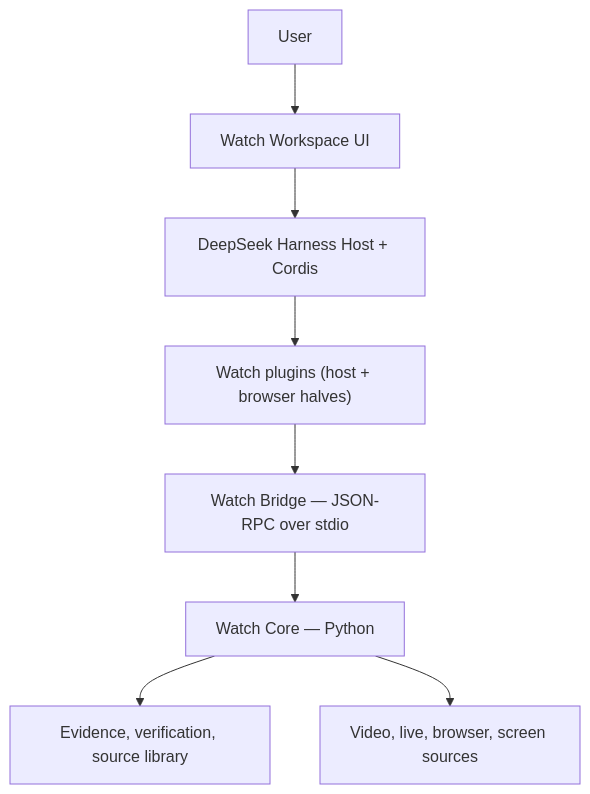
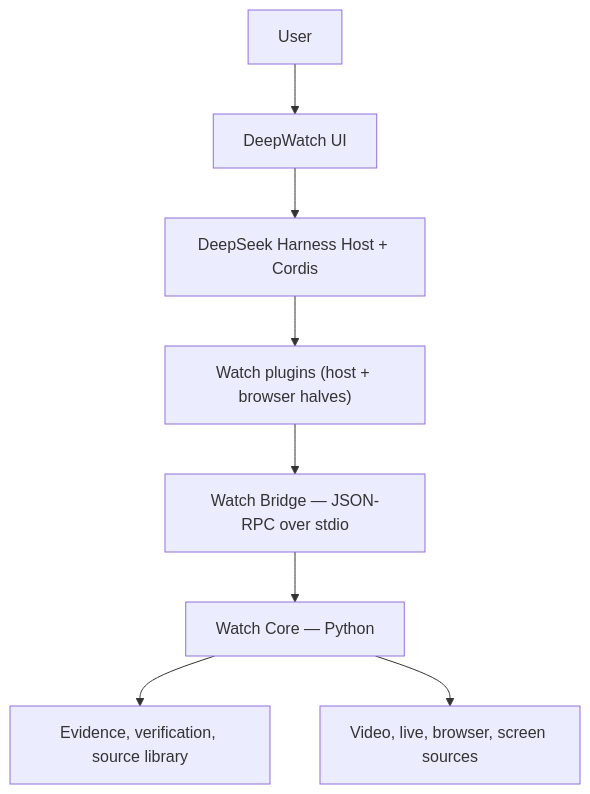
The diagram in workspace/docs/architecture.md (oxbshw/watch-skill), drawn with Mermaid before and after one commit. The commit also changed other lines of this file and 236 other files, not shown here.

````diff
--- a/workspace/docs/architecture.md
+++ b/workspace/docs/architecture.md
@@ -14,10 +14,10 @@
 ```mermaid
 flowchart TB
-    U["User"] --> UI["Watch Workspace UI"]
+    U["User"] --> UI["DeepWatch UI"]
     UI --> DSH["DeepSeek Harness Host + Cordis"]
     DSH --> P["Watch plugins (host + browser halves)"]
     P --> B["Watch Bridge — JSON-RPC over stdio"]
     B --> C["Watch Core — Python"]
     C --> E["Evidence, verification, source library"]
     C --> S["Video, live, browser, screen sources"]
 ```
````
